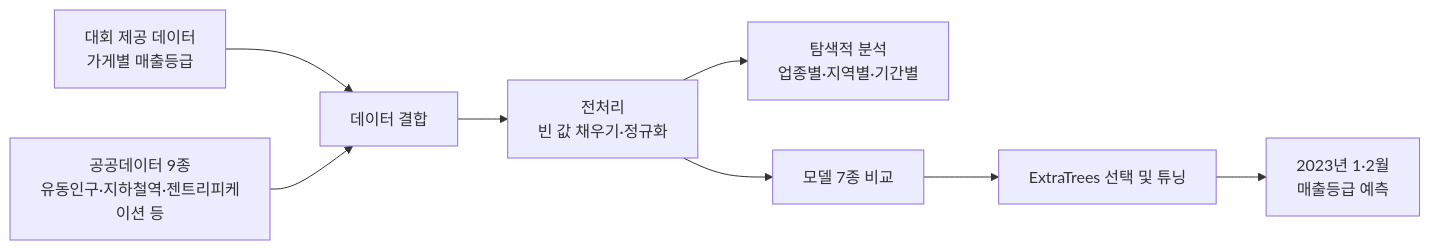
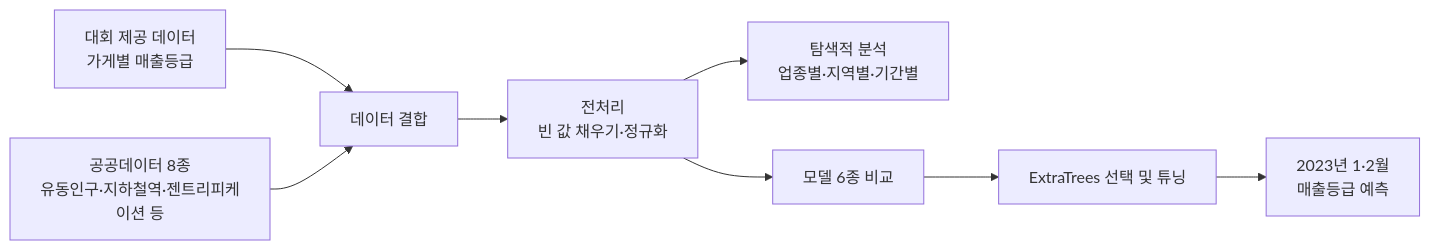
The diagram in 예상매출등급/README.md (mjk022/portfolio), drawn with Mermaid before and after one commit. The commit also changed other lines of this file and 10 other files, not shown here.

````diff
--- a/예상매출등급/README.md
+++ b/예상매출등급/README.md
@@ -27,10 +27,10 @@
 ```mermaid
 flowchart LR
     A[대회 제공 데이터<br/>가게별 매출등급] --> C[데이터 결합]
-    B[공공데이터 9종<br/>유동인구·지하철역·젠트리피케이션 등] --> C
+    B[공공데이터 8종<br/>유동인구·지하철역·젠트리피케이션 등] --> C
     C --> D[전처리<br/>빈 값 채우기·정규화]
     D --> E[탐색적 분석<br/>업종별·지역별·기간별]
-    D --> F[모델 7종 비교]
+    D --> F[모델 6종 비교]
     F --> G[ExtraTrees 선택 및 튜닝]
     G --> H[2023년 1·2월<br/>매출등급 예측]
 ```
````
